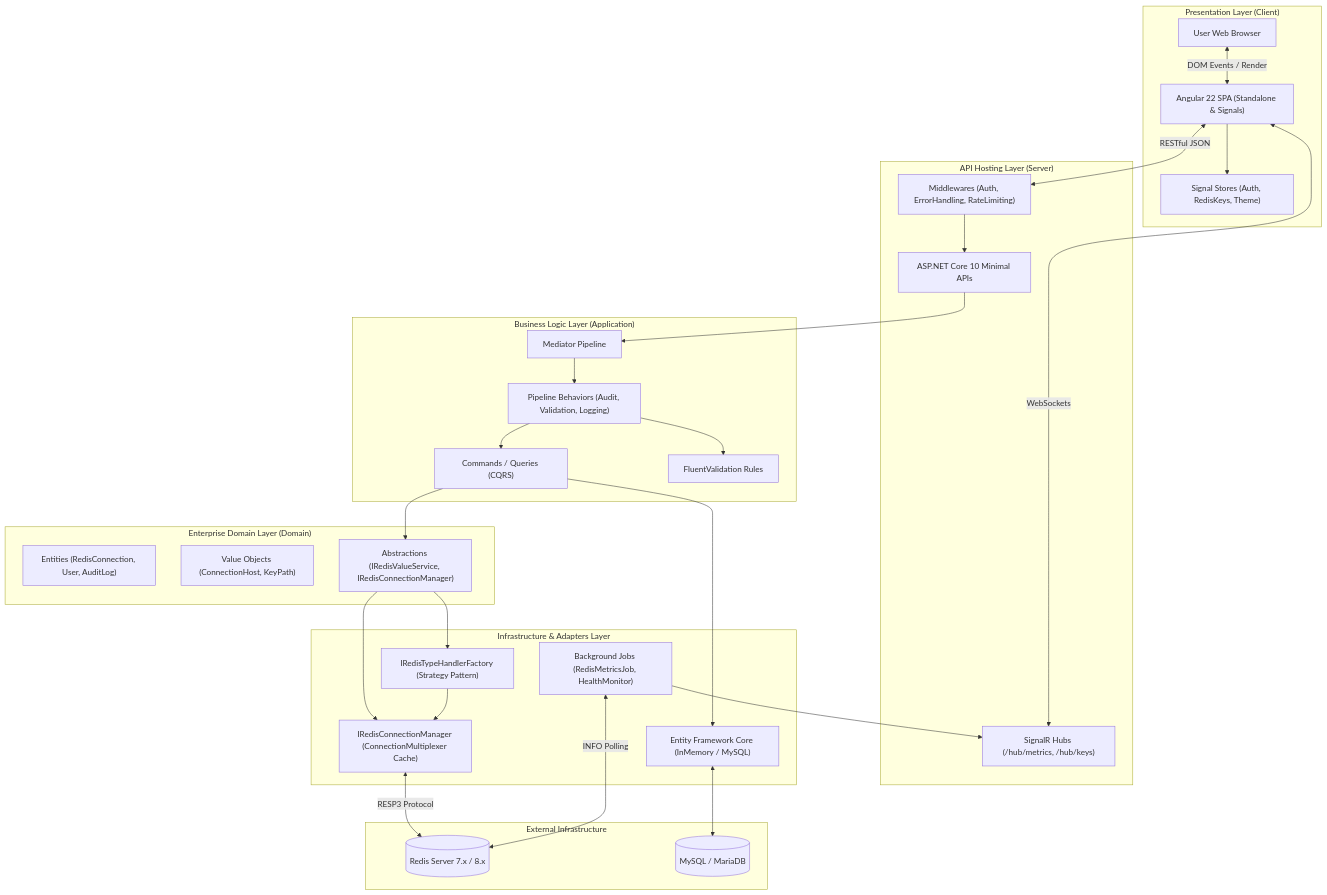
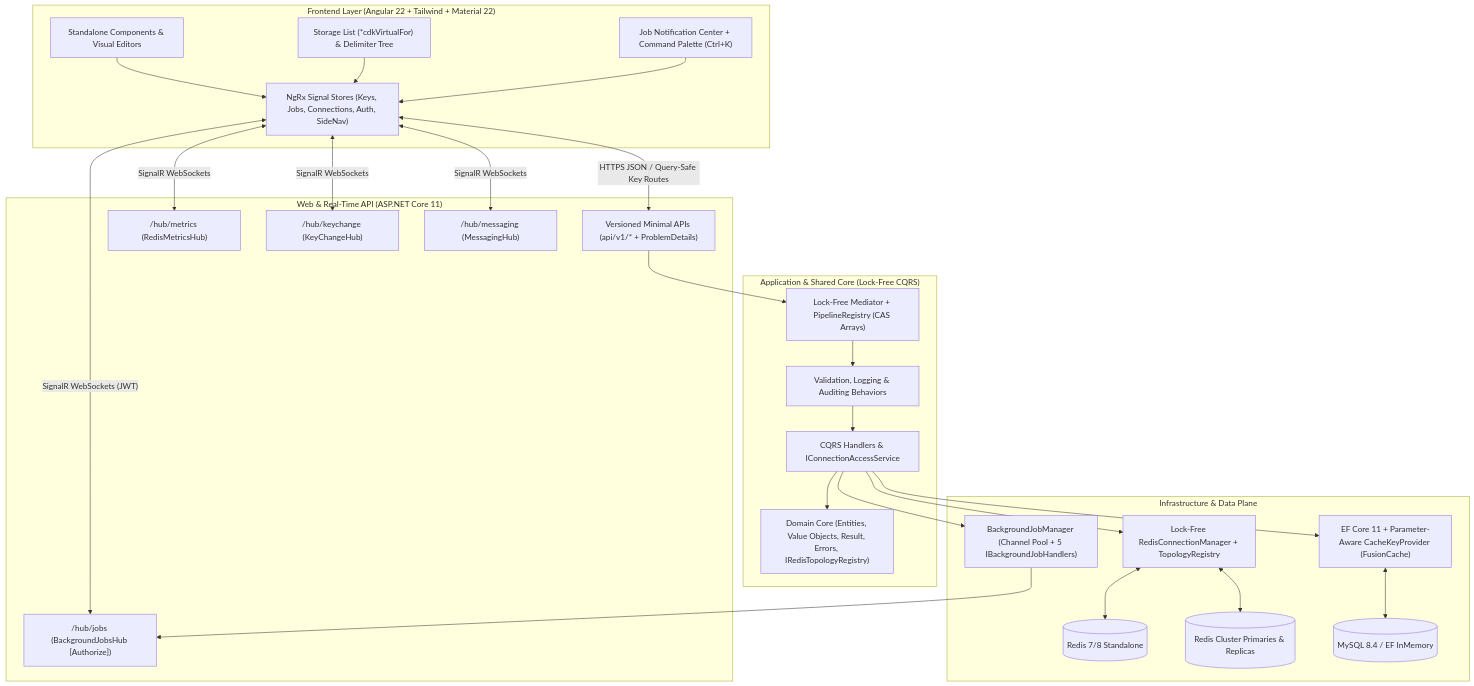
The first of 7 diagrams in docs/diagrams.md (dellik95/redis-gui), drawn with Mermaid before and after one commit. The commit also changed other lines of this file and 232 other files, not shown here.

Commit message:
Refactor shared auth/connection guards, fix binary key GET identity, and update docs, landing page, and screenshots

````diff
--- a/docs/diagrams.md
+++ b/docs/diagrams.md
@@ -9,58 +9,52 @@
 ```mermaid
-flowchart TD
-    subgraph UI ["Presentation Layer (Client)"]
-        Browser["User Web Browser"]
-        AngularApp["Angular 22 SPA (Standalone & Signals)"]
-        SignalStore["Signal Stores (Auth, RedisKeys, Theme)"]
-        Browser <-->|DOM Events / Render| AngularApp
-        AngularApp --> SignalStore
+flowchart TB
+    subgraph ClientLayer["Frontend Layer (Angular 22 + Tailwind + Material 22)"]
+        UI["Standalone Components & Visual Editors"]
+        VScroll["Storage List (*cdkVirtualFor) & Delimiter Tree"]
+        Stores["NgRx Signal Stores (Keys, Jobs, Connections, Auth, SideNav)"]
+        Notif["Job Notification Center + Command Palette (Ctrl+K)"]
     end
 
-    subgraph Host ["API Hosting Layer (Server)"]
-        ServerAPI["ASP.NET Core 10 Minimal APIs"]
-        SignalRHubs["SignalR Hubs (/hub/metrics, /hub/keys)"]
-        Middlewares["Middlewares (Auth, ErrorHandling, RateLimiting)"]
+    subgraph WebLayer["Web & Real-Time API (ASP.NET Core 11)"]
+        API["Versioned Minimal APIs (api/v1/* + ProblemDetails)"]
+        HubMetrics["/hub/metrics (RedisMetricsHub)"]
+        HubKey["/hub/keychange (KeyChangeHub)"]
+        HubMsg["/hub/messaging (MessagingHub)"]
+        HubJobs["/hub/jobs (BackgroundJobsHub [Authorize])"]
     end
 
-    subgraph AppLayer ["Business Logic Layer (Application)"]
-        Mediator["Mediator Pipeline"]
-        Behaviors["Pipeline Behaviors (Audit, Validation, Logging)"]
-        Commands["Commands / Queries (CQRS)"]
-        Validators["FluentValidation Rules"]
+    subgraph CoreLayer["Application & Shared Core (Lock-Free CQRS)"]
+        Med["Lock-Free Mediator + PipelineRegistry (CAS Arrays)"]
+        Behav["Validation, Logging & Auditing Behaviors"]
+        Handlers["CQRS Handlers & IConnectionAccessService"]
+        Domain["Domain Core (Entities, Value Objects, Result, Errors, IRedisTopologyRegistry)"]
     end
 
-    subgraph DomainLayer ["Enterprise Domain Layer (Domain)"]
-        Entities["Entities (RedisConnection, User, AuditLog)"]
-        ValueObjects["Value Objects (ConnectionHost, KeyPath)"]
-        DomainContracts["Abstractions (IRedisValueService, IRedisConnectionManager)"]
+    subgraph InfraLayer["Infrastructure & Data Plane"]
+        Pool["Lock-Free RedisConnectionManager + TopologyRegistry"]
+        Jobs["BackgroundJobManager (Channel<QueuedJob> Pool + 5 IBackgroundJobHandlers)"]
+        EFCache["EF Core 11 + Parameter-Aware CacheKeyProvider (FusionCache)"]
+        RedisStandalone[("Redis 7/8 Standalone")]
+        RedisCluster[("Redis Cluster Primaries & Replicas")]
+        MySQL[("MySQL 8.4 / EF InMemory")]
     end
 
-    subgraph InfraLayer ["Infrastructure & Adapters Layer"]
-        ConnPool["IRedisConnectionManager (ConnectionMultiplexer Cache)"]
-        TypeFactory["IRedisTypeHandlerFactory (Strategy Pattern)"]
-        BgServices["Background Jobs (RedisMetricsJob, HealthMonitor)"]
-        EFCore["Entity Framework Core (InMemory / MySQL)"]
-    end
+    UI --> Stores
+    VScroll --> Stores
+    Notif --> Stores
+    Stores <-->|"HTTPS JSON / Query-Safe Key Routes"| API
+    Stores <-->|"SignalR WebSockets"| HubMetrics
+    Stores <-->|"SignalR WebSockets"| HubKey
+    Stores <-->|"SignalR WebSockets"| HubMsg
+    Stores <-->|"SignalR WebSockets (JWT)"| HubJobs
 
-    subgraph External ["External Infrastructure"]
-        RedisServer[("Redis Server 7.x / 8.x")]
-        RelationalDB[("MySQL / MariaDB")]
-    end
-
-    AngularApp <-->|RESTful JSON| Middlewares
-    AngularApp <-->|WebSockets| SignalRHubs
-    Middlewares --> ServerAPI
-    ServerAPI --> Mediator
-    Mediator --> Behaviors
-    Behaviors --> Validators
-    Behaviors --> Commands
-    Commands --> DomainContracts
-    DomainContracts --> TypeFactory
-    DomainContracts --> ConnPool
-    TypeFactory --> ConnPool
-    ConnPool <-->|RESP3 Protocol| RedisServer
-    BgServices <-->|INFO Polling| RedisServer
-    BgServices --> SignalRHubs
-    EFCore <--> RelationalDB
-    Commands --> EFCore
+    API --> Med
+    Med --> Behav --> Handlers --> Domain
+    Handlers --> Pool
+    Handlers --> Jobs
+    Handlers --> EFCache
+    Jobs --> HubJobs
+    Pool <--> RedisStandalone
+    Pool <--> RedisCluster
+    EFCache <--> MySQL
 ```
````
